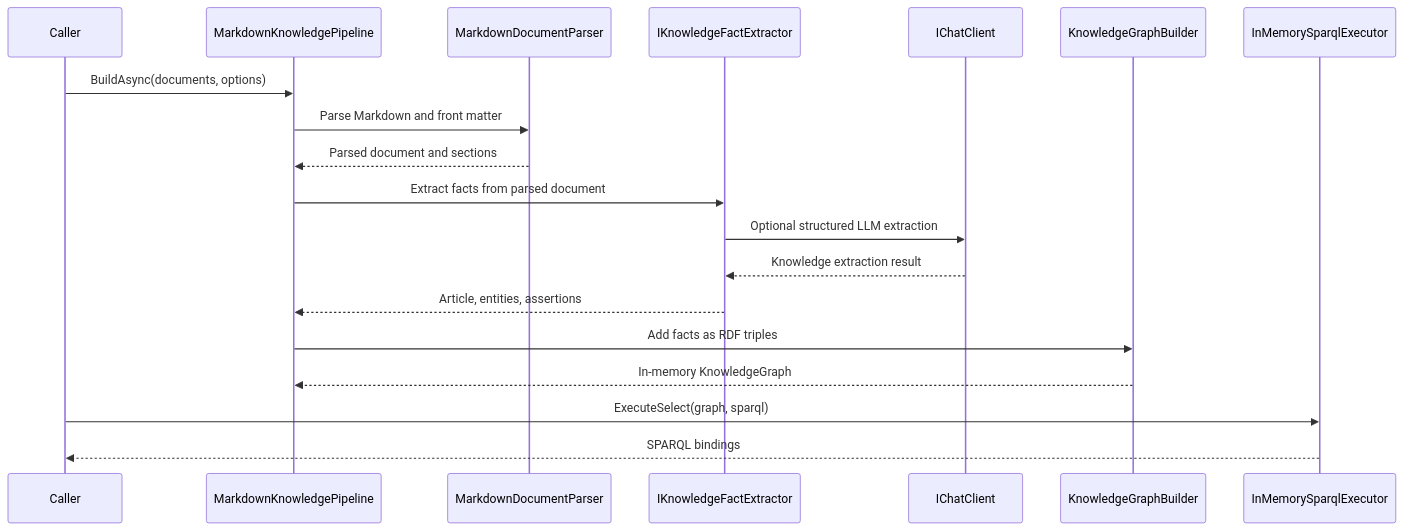
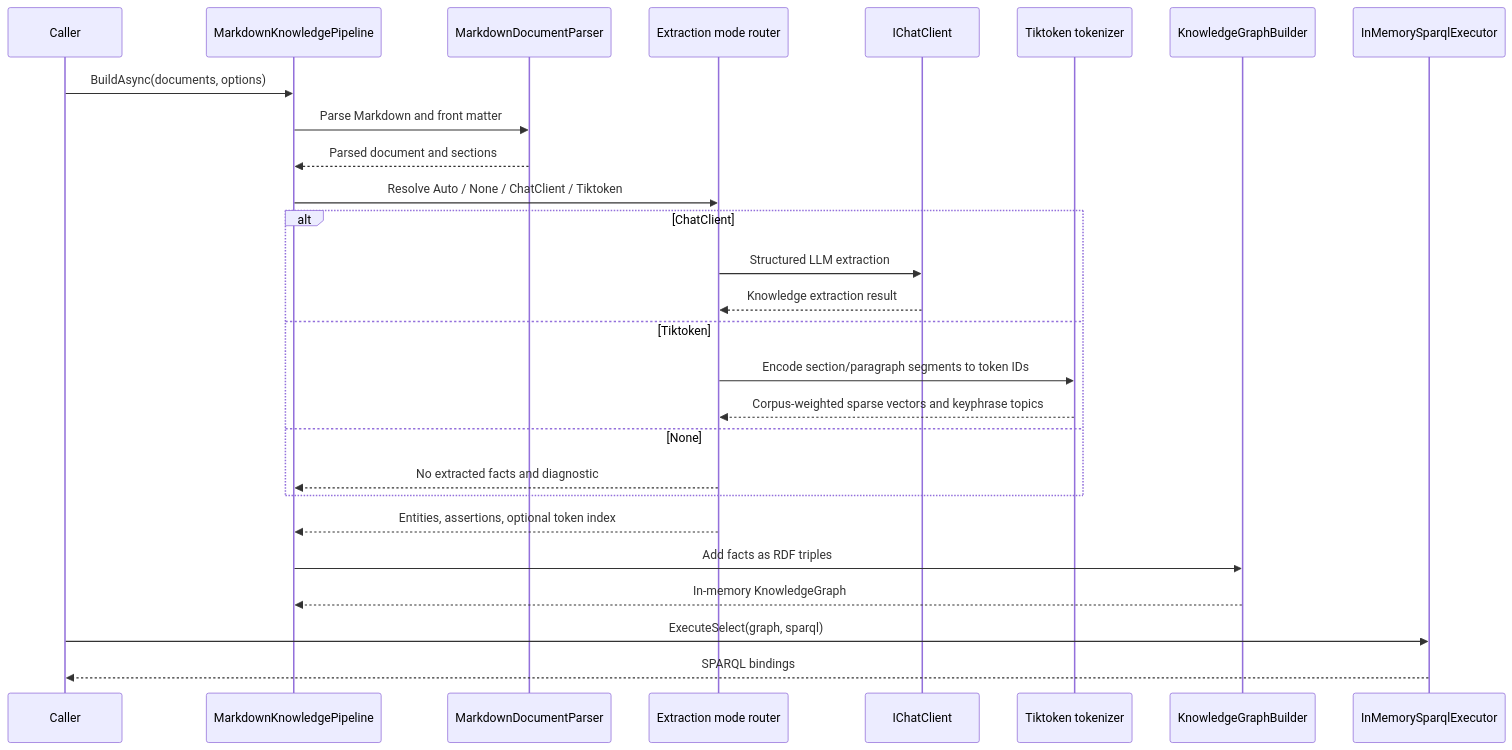
The second of 4 diagrams in docs/Architecture.md (managedcode/markdown-ld-kb), drawn with Mermaid before and after one commit. The commit also changed other lines of this file and 52 other files, not shown here.

Commit message:
feat: add tiktoken graph extraction

````diff
--- a/docs/Architecture.md
+++ b/docs/Architecture.md
@@ -35,22 +41,30 @@
 ```mermaid
 sequenceDiagram
     participant Caller
     participant Pipeline as MarkdownKnowledgePipeline
     participant Parser as MarkdownDocumentParser
-    participant Extractor as IKnowledgeFactExtractor
+    participant Router as Extraction mode router
     participant Chat as IChatClient
+    participant Tokenizer as Tiktoken tokenizer
     participant Graph as KnowledgeGraphBuilder
     participant Query as InMemorySparqlExecutor
 
     Caller->>Pipeline: BuildAsync(documents, options)
     Pipeline->>Parser: Parse Markdown and front matter
     Parser-->>Pipeline: Parsed document and sections
-    Pipeline->>Extractor: Extract facts from parsed document
-    Extractor->>Chat: Optional structured LLM extraction
-    Chat-->>Extractor: Knowledge extraction result
-    Extractor-->>Pipeline: Article, entities, assertions
+    Pipeline->>Router: Resolve Auto / None / ChatClient / Tiktoken
+    alt ChatClient
+        Router->>Chat: Structured LLM extraction
+        Chat-->>Router: Knowledge extraction result
+    else Tiktoken
+        Router->>Tokenizer: Encode section/paragraph segments to token IDs
+        Tokenizer-->>Router: Corpus-weighted sparse vectors and keyphrase topics
+    else None
+        Router-->>Pipeline: No extracted facts and diagnostic
+    end
+    Router-->>Pipeline: Entities, assertions, optional token index
     Pipeline->>Graph: Add facts as RDF triples
     Graph-->>Pipeline: In-memory KnowledgeGraph
     Caller->>Query: ExecuteSelect(graph, sparql)
     Query-->>Caller: SPARQL bindings
 ```
````
